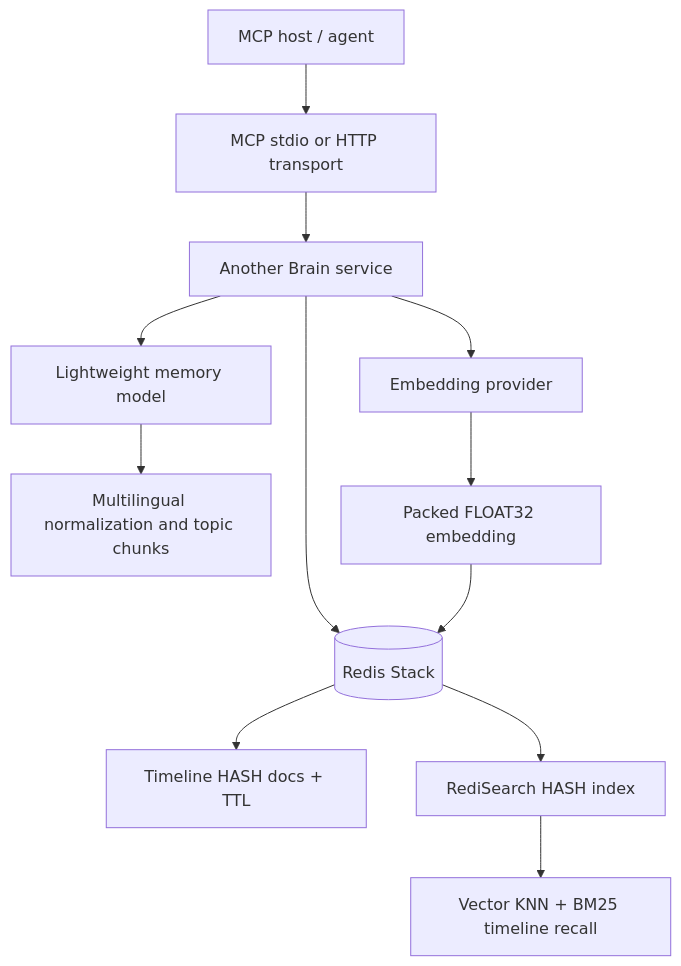
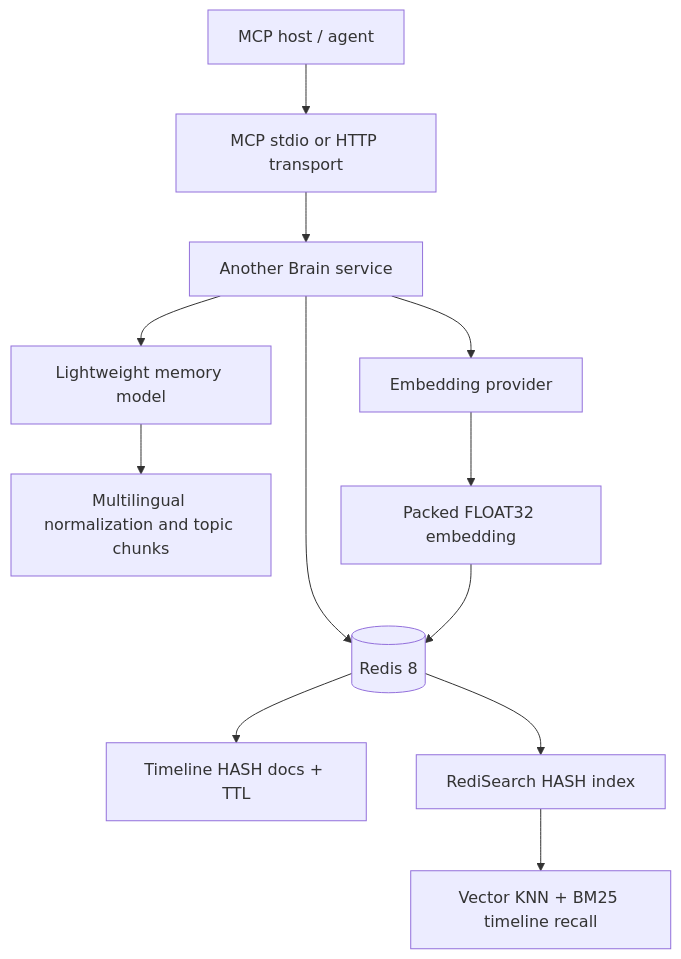
One commit to Flowerf19/another-brain changed the diagram in README.md. Above: the diagram before and after it, drawn with Mermaid. The commit also changed other lines of this file and 8 other files, not shown here.

````diff
--- a/README.md
+++ b/README.md
@@ -48,15 +48,15 @@
 ```mermaid
 flowchart TD
     Host[MCP host / agent] --> Adapter[MCP stdio or HTTP transport]
     Adapter --> Service[Another Brain service]
     Service --> MemoryModel[Lightweight memory model]
     Service --> Embeddings[Embedding provider]
-    Service --> Redis[(Redis Stack)]
+    Service --> Redis[(Redis 8)]
 
     MemoryModel --> Normalize[Multilingual normalization and topic chunks]
     Embeddings --> Packed[Packed FLOAT32 embedding]
     Packed --> Redis
     Redis --> Hash[Timeline HASH docs + TTL]
     Redis --> Index[RediSearch HASH index]
     Index --> Recall[Vector KNN + BM25 timeline recall]
 ```
````
